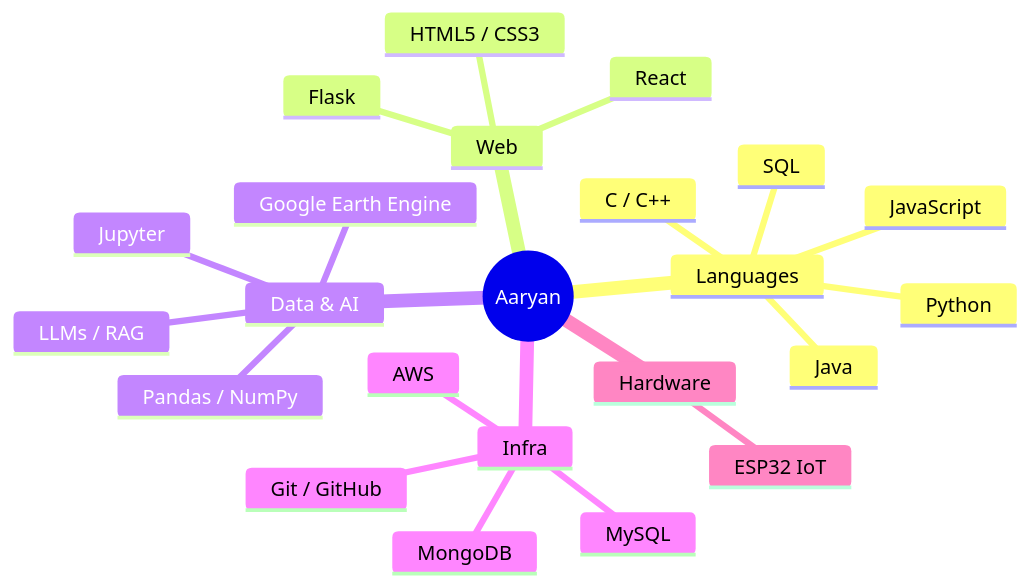
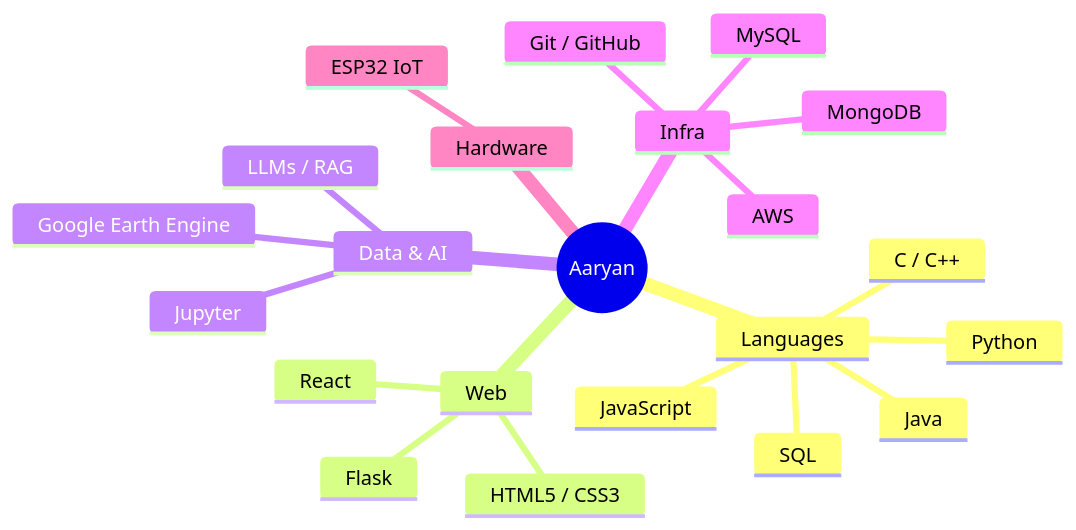
One commit to AaryanGupta01/AaryanGupta01 changed the diagram in README.md. Above: the diagram before and after it, drawn with Mermaid. The commit also changed other lines of this file, not shown here.

````diff
--- a/README.md
+++ b/README.md
@@ -56,26 +82,25 @@
 ```mermaid
 mindmap
   root((Aaryan))
     Languages
       Python
       C / C++
       Java
       JavaScript
       SQL
     Web
       React
       Flask
       HTML5 / CSS3
     Data & AI
       Jupyter
       LLMs / RAG
       Google Earth Engine
-      Pandas / NumPy
     Infra
       MongoDB
       MySQL
       AWS
       Git / GitHub
     Hardware
       ESP32 IoT
 ```
````
